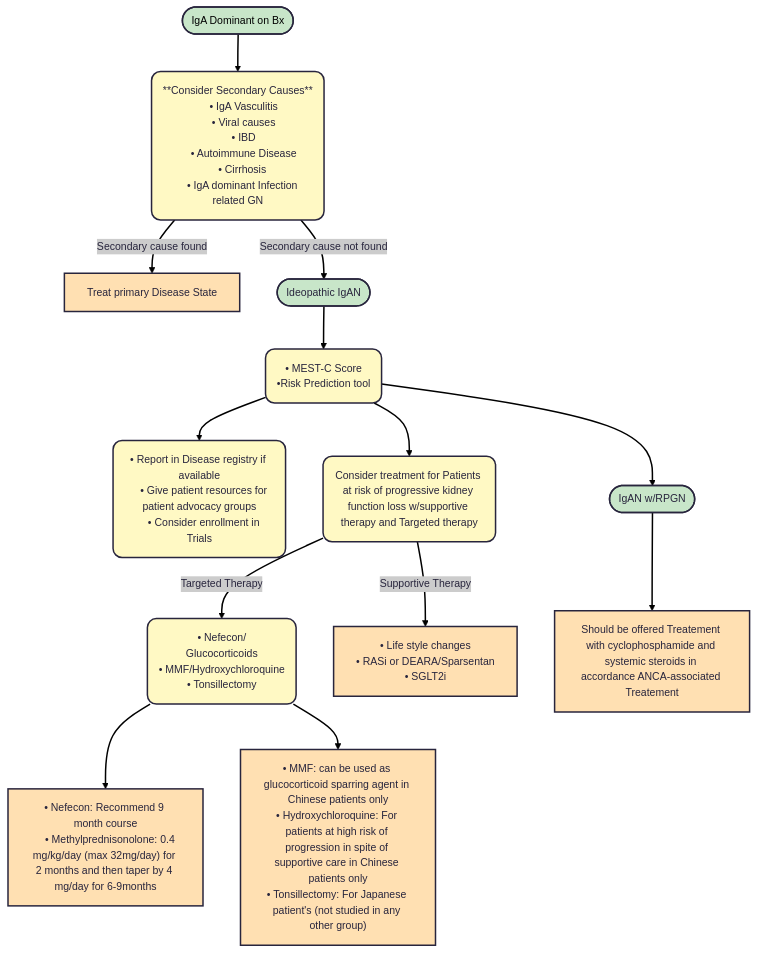
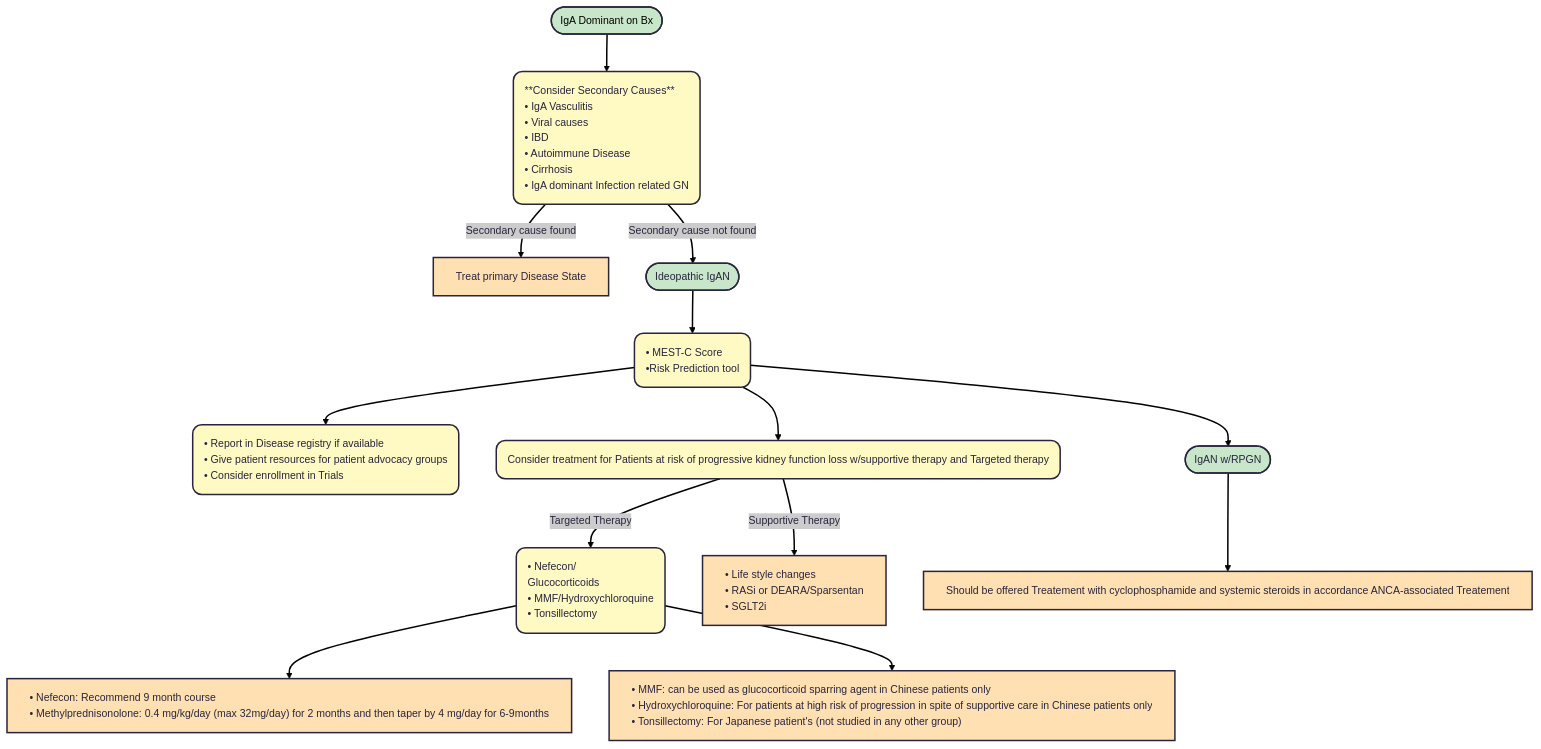
The diagram in docs/IGAN.md (TTUNEPH2025/GN), drawn with Mermaid before and after one commit.

````diff
--- a/docs/IGAN.md
+++ b/docs/IGAN.md
@@ -70,51 +70,51 @@
 ```mermaid
 ---
 config:
   theme: redux
 ---
 flowchart TD
     A(["IgA Dominant on Bx"]) --> n1["**Consider Secondary Causes**
     • IgA Vasculitis
     • Viral causes
     • IBD
     • Autoimmune Disease
     • Cirrhosis 
     • IgA dominant Infection related GN"]
     n1 -- Secondary cause found --> n2["Treat primary Disease State"]
     n1 -- Secondary cause not found --> n3(["Ideopathic IgAN"])
     n3 --> n4["• MEST-C Score
     •Risk Prediction tool"]
     n4 --> n5["• Report in Disease registry if available
     • Give patient resources for patient advocacy groups
     • Consider enrollment in Trials"] & n6["Consider treatment for Patients at risk of progressive kidney function loss w/supportive therapy and Targeted therapy"] & n9(["IgAN w/RPGN"])
     n6 -- Targeted Therapy --> n7["• Nefecon/
     Glucocorticoids
     • MMF/Hydroxychloroquine
     • Tonsillectomy"]
     n6 -- Supportive Therapy --> n8["• Life style changes
     • RASi or DEARA/Sparsentan
     • SGLT2i"]
     n9 --> n10["Should be offered Treatement with cyclophosphamide and systemic steroids in accordance ANCA-associated Treatement"]
     n7 --> n11["• Nefecon: Recommend 9 month course
     • Methylprednisonolone: 0.4 mg/kg/day (max 32mg/day) for 2 months and then taper by 4 mg/day for 6-9months"] & n12@{ label: "• MMF: can be used as glucocorticoid sparring agent in Chinese patients only\n    • Hydroxychloroquine: For patients at high risk of progression in spite of supportive care in Chinese patients only\n    • Tonsillectomy: For Japanese patient's (not studied in any other group)" }
     n1@{ shape: rounded}
     n4@{ shape: rounded}
     n5@{ shape: rounded}
     n6@{ shape: rounded}
     n7@{ shape: rounded}
     n8@{ shape: rect}
     n12@{ shape: rect}
     style A fill:#C8E6C9,color:#000000
-    style n1 fill:#FFF9C4
-    style n2 fill:#FFE0B2
-    style n3 fill:#C8E6C9
-    style n4 fill:#FFF9C4
-    style n5 fill:#FFF9C4
-    style n6 fill:#FFF9C4
-    style n9 fill:#C8E6C9
-    style n7 fill:#FFF9C4
-    style n8 fill:#FFE0B2
-    style n10 fill:#FFE0B2
-    style n11 fill:#FFE0B2
-    style n12 fill:#FFE0B2
+    style n1 fill:#FFF9C4,text-align:left,white-space:nowrap
+    style n2 fill:#FFE0B2,text-align:left,white-space:nowrap
+    style n3 fill:#C8E6C9,text-align:left,white-space:nowrap
+    style n4 fill:#FFF9C4,text-align:left,white-space:nowrap
+    style n5 fill:#FFF9C4,text-align:left,white-space:nowrap
+    style n6 fill:#FFF9C4,text-align:left,white-space:nowrap
+    style n9 fill:#C8E6C9,text-align:left,white-space:nowrap
+    style n7 fill:#FFF9C4,text-align:left,white-space:nowrap
+    style n8 fill:#FFE0B2,text-align:left,white-space:nowrap
+    style n10 fill:#FFE0B2,text-align:left,white-space:nowrap
+    style n11 fill:#FFE0B2,text-align:left,white-space:nowrap
+    style n12 fill:#FFE0B2,text-align:left,white-space:nowrap
 ```
````
